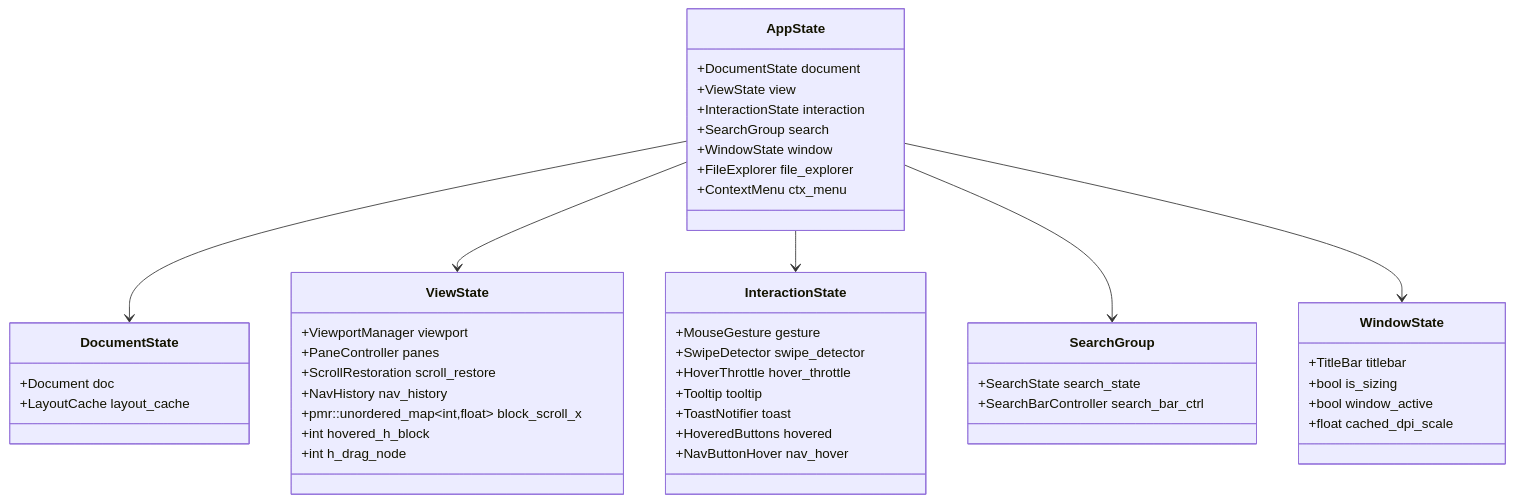
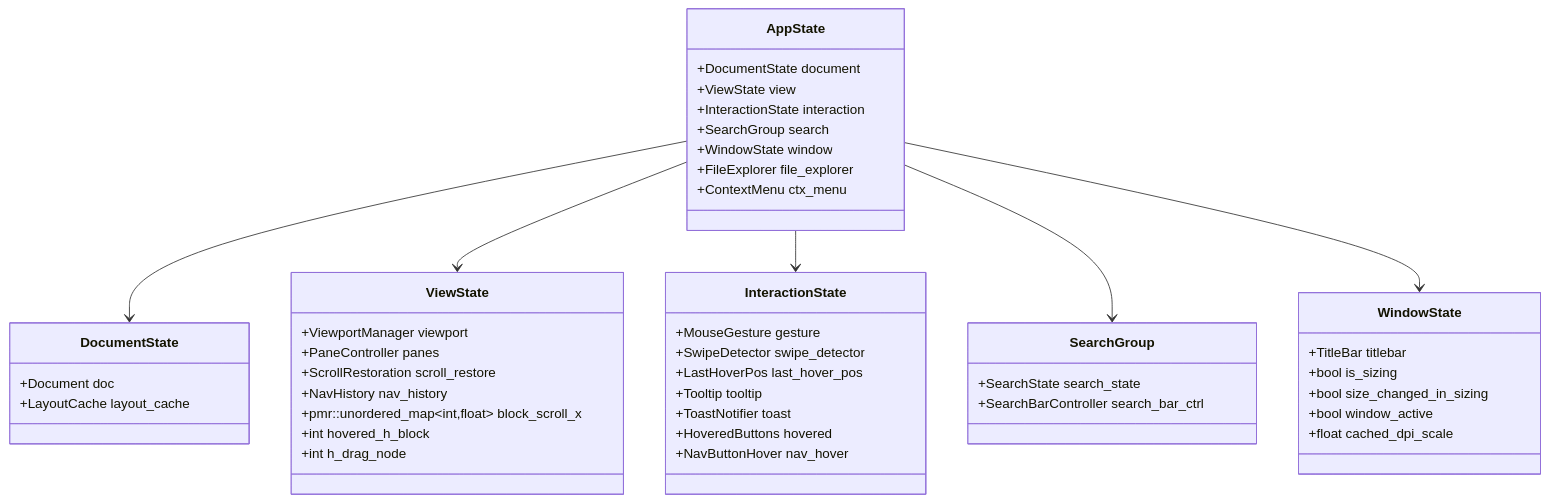
The fourth of 27 diagrams in example/test.md (tanaton/mendo), drawn with Mermaid before and after one commit. The commit also changed other lines of this file and 149 other files, not shown here.

````diff
--- a/example/test.md
+++ b/example/test.md
@@ -539,55 +542,56 @@
 ```mermaid
 classDiagram
     class AppState {
         +DocumentState document
         +ViewState view
         +InteractionState interaction
         +SearchGroup search
         +WindowState window
         +FileExplorer file_explorer
         +ContextMenu ctx_menu
     }
 
     class DocumentState {
         +Document doc
         +LayoutCache layout_cache
     }
 
     class ViewState {
         +ViewportManager viewport
         +PaneController panes
         +ScrollRestoration scroll_restore
         +NavHistory nav_history
         +pmr::unordered_map~int,float~ block_scroll_x
         +int hovered_h_block
         +int h_drag_node
     }
 
     class InteractionState {
         +MouseGesture gesture
         +SwipeDetector swipe_detector
-        +HoverThrottle hover_throttle
+        +LastHoverPos last_hover_pos
         +Tooltip tooltip
         +ToastNotifier toast
         +HoveredButtons hovered
         +NavButtonHover nav_hover
     }
 
     class SearchGroup {
         +SearchState search_state
         +SearchBarController search_bar_ctrl
     }
 
     class WindowState {
         +TitleBar titlebar
         +bool is_sizing
+        +bool size_changed_in_sizing
         +bool window_active
         +float cached_dpi_scale
     }
 
     AppState --> DocumentState
     AppState --> ViewState
     AppState --> InteractionState
     AppState --> SearchGroup
     AppState --> WindowState
 ```
````
